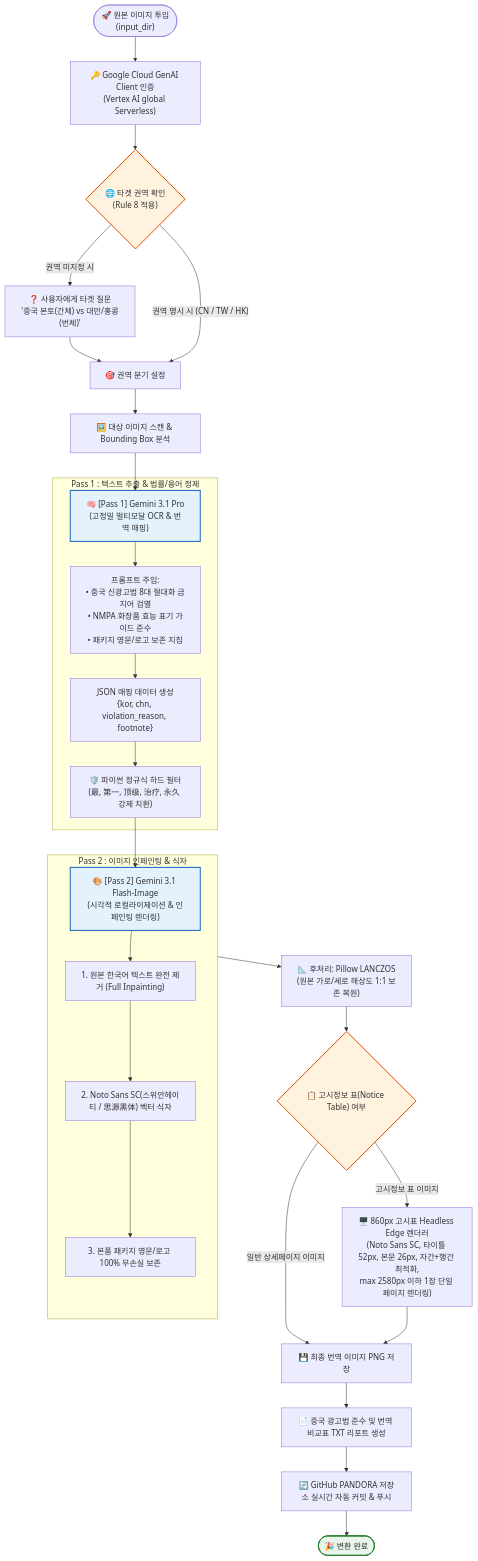
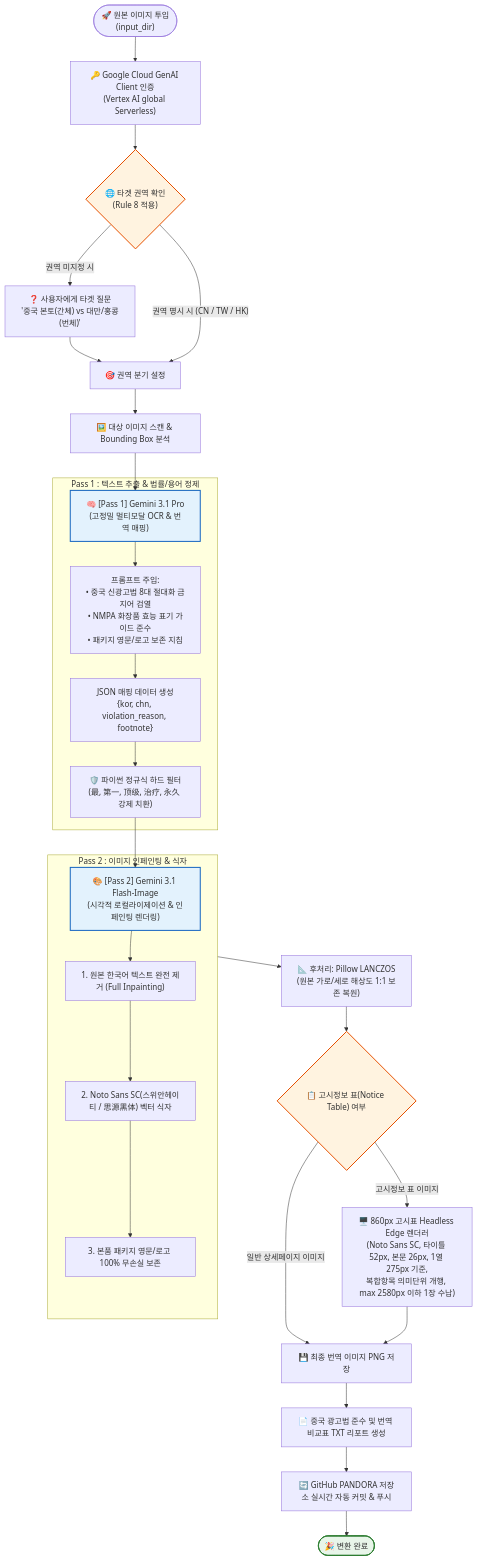
Before and after one commit to euntaewoo/PANDORA: the diagram in 중국어/CN_Engine_Workflow_and_TechStack.md, drawn with Mermaid. The commit also changed 17 other files, not shown here.

Commit message:
feat: establish universal notice table 1st column layout standard (max single label base width & semantic line-breaks)

````diff
--- a/중국어/CN_Engine_Workflow_and_TechStack.md
+++ b/중국어/CN_Engine_Workflow_and_TechStack.md
@@ -14,48 +14,48 @@
 ```mermaid
 flowchart TD
     %% [기초 엔진 주석]: 프로토엔진(PROTO_Engine_V0) 코어 기반 중국어권 특화 파생 모델
     Start(["🚀 원본 이미지 투입<br>(input_dir)"]) --> Auth["🔑 Google Cloud GenAI Client 인증<br>(Vertex AI global Serverless)"]
     Auth --> CheckRegion{"🌐 타겟 권역 확인<br>(Rule 8 적용)"}
 
     CheckRegion -- "권역 미지정 시" --> AskUser["❓ 사용자에게 타겟 질문<br>'중국 본토(간체) vs 대만/홍콩(번체)'"]
     AskUser --> Branch
     CheckRegion -- "권역 명시 시 (CN / TW / HK)" --> Branch["🎯 권역 분기 설정"]
 
     Branch --> ScanImages["🖼️ 대상 이미지 스캔 & Bounding Box 분석"]
     ScanImages --> Pass1["🧠 [Pass 1] Gemini 3.1 Pro<br>(고정밀 멀티모달 OCR & 번역 매핑)"]
 
     subgraph Pass1_Detail ["Pass 1 : 텍스트 추출 & 법률/용어 정제"]
         Pass1 --> P1_Prompt["프롬프트 주입:<br>• 중국 신광고법 8대 절대화 금지어 검열<br>• NMPA 화장품 효능 표기 가이드 준수<br>• 패키지 영문/로고 보존 지침"]
         P1_Prompt --> P1_Gen["JSON 매핑 데이터 생성<br>{kor, chn, violation_reason, footnote}"]
         P1_Gen --> P1_Regex["🛡️ 파이썬 정규식 하드 필터<br>(最, 第一, 顶级, 治疗, 永久 강제 치환)"]
     end
 
     P1_Regex --> Pass2["🎨 [Pass 2] Gemini 3.1 Flash-Image<br>(시각적 로컬라이제이션 & 인페인팅 렌더링)"]
 
     subgraph Pass2_Detail ["Pass 2 : 이미지 인페인팅 & 식자"]
         Pass2 --> P2_Erase["1. 원본 한국어 텍스트 완전 제거 (Full Inpainting)"]
         P2_Erase --> P2_Font["2. Noto Sans SC(스위안헤이티 / 思源黑体) 벡터 식자"]
         P2_Font --> P2_Package["3. 본품 패키지 영문/로고 100% 무손실 보존"]
     end
 
     Pass2_Detail --> PostProc["📐 후처리: Pillow LANCZOS<br>(원본 가로/세로 해상도 1:1 보존 복원)"]
     
     PostProc --> TableCheck{"📋 고시정보 표(Notice Table) 여부"}
     TableCheck -- "일반 상세페이지 이미지" --> SaveImg["💾 최종 번역 이미지 PNG 저장"]
-    TableCheck -- "고시정보 표 이미지" --> TableRenderer["🖥️ 860px 고시표 Headless Edge 렌더러<br>(Noto Sans SC, 타이틀 52px, 본문 26px, 자간+행간 최적화,<br>max 2580px 이하 1장 단일 페이지 렌더링)"]
+    TableCheck -- "고시정보 표 이미지" --> TableRenderer["🖥️ 860px 고시표 Headless Edge 렌더러<br>(Noto Sans SC, 타이틀 52px, 본문 26px, 1열 275px 기준,<br>복합항목 의미단위 개행, max 2580px 이하 1장 수납)"]
     TableRenderer --> SaveImg
 
 
 
 
     SaveImg --> Report["📄 중국 광고법 준수 및 번역 비교표 TXT 리포트 생성"]
     Report --> GitSync["🔄 GitHub PANDORA 저장소 실시간 자동 커밋 & 푸시"]
     GitSync --> Finish(["🎉 변환 완료"])
 
     classDef passClass fill:#e3f2fd,stroke:#1565c0,stroke-width:2px;
     classDef checkClass fill:#fff3e0,stroke:#e65100,stroke-width:2px;
     classDef finishClass fill:#e8f5e9,stroke:#2e7d32,stroke-width:2px;
     class Pass1,Pass2 passClass;
     class CheckRegion,TableCheck checkClass;
     class Finish finishClass;
 ```
````
